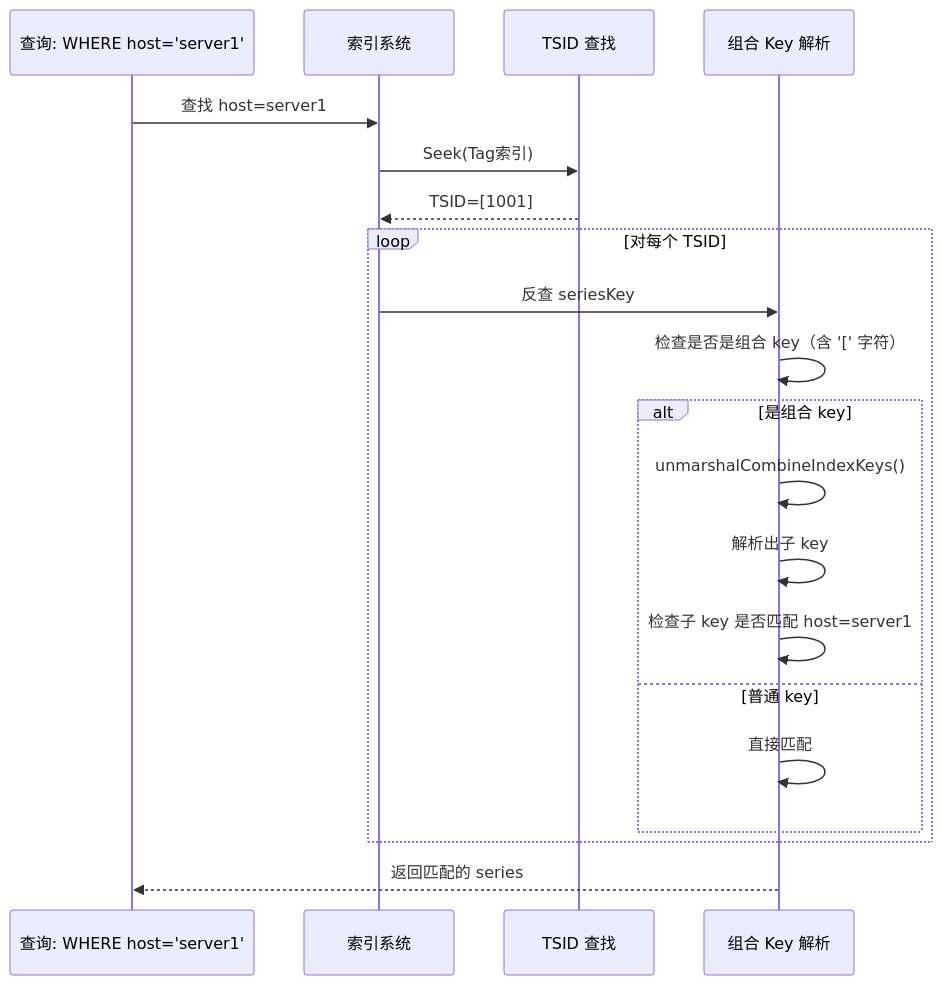
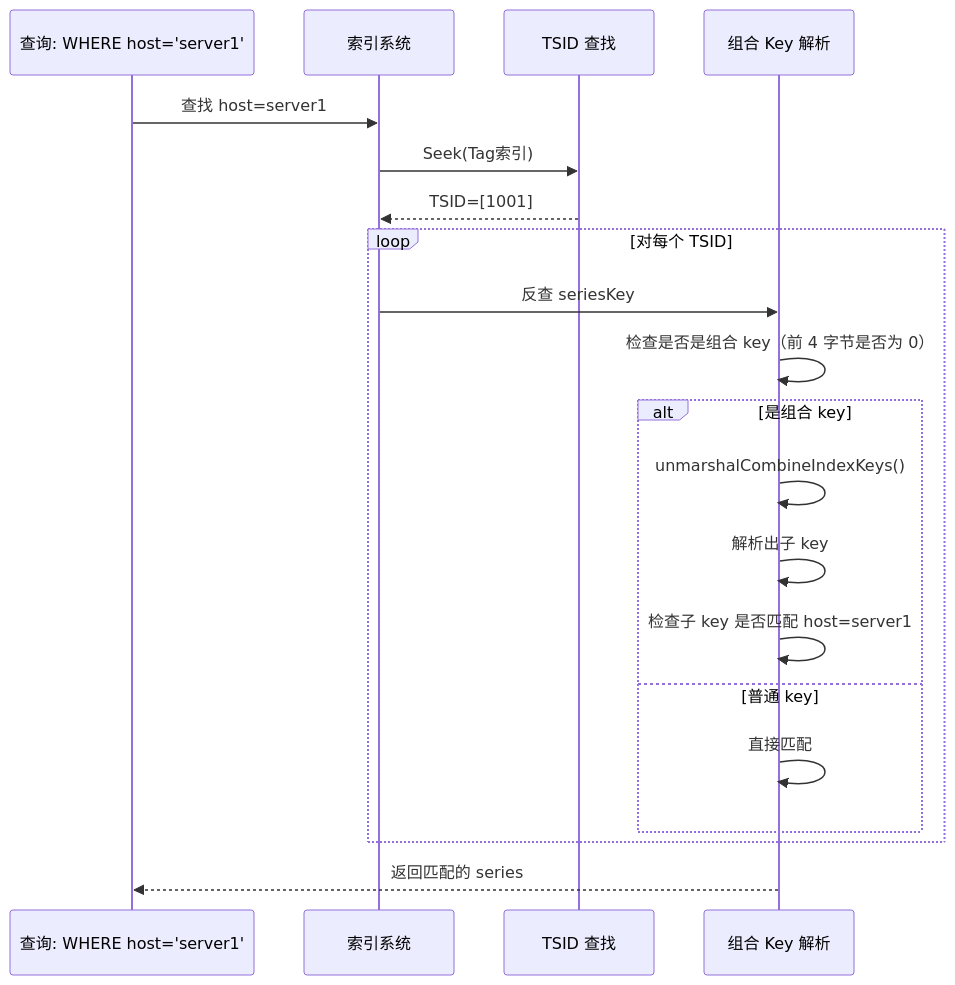
Before and after one commit to stefanv5/openGemini: diagram 30 of 47 in docs/specs/02_index_system_spec.md, drawn with Mermaid. The commit also changed other lines of this file and 37 other files, not shown here.

````diff
--- a/docs/specs/02_index_system_spec.md
+++ b/docs/specs/02_index_system_spec.md
@@ -2839,25 +2929,25 @@
 ```mermaid
 sequenceDiagram
     participant Query as 查询: WHERE host='server1'
     participant Index as 索引系统
     participant TSID as TSID 查找
     participant Series as 组合 Key 解析
 
     Query->>Index: 查找 host=server1
     Index->>TSID: Seek(Tag索引)
     TSID-->>Index: TSID=[1001]
 
     loop 对每个 TSID
         Index->>Series: 反查 seriesKey
-        Series->>Series: 检查是否是组合 key（含 '[' 字符）
+        Series->>Series: 检查是否是组合 key（前 4 字节是否为 0）
         alt 是组合 key
             Series->>Series: unmarshalCombineIndexKeys()
             Series->>Series: 解析出子 key
             Series->>Series: 检查子 key 是否匹配 host=server1
         else 普通 key
             Series->>Series: 直接匹配
         end
     end
 
     Series-->>Query: 返回匹配的 series
 ```
````
